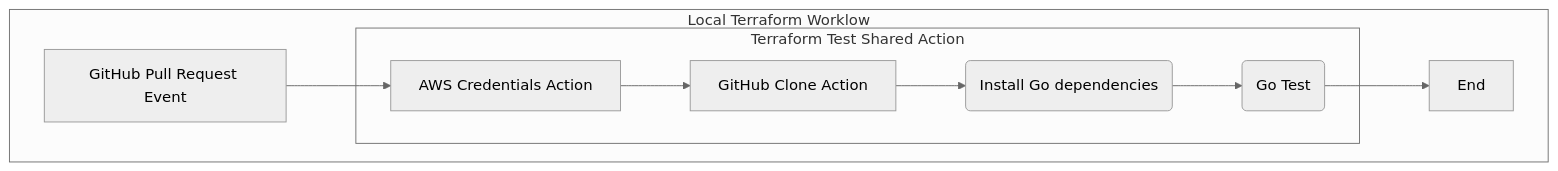
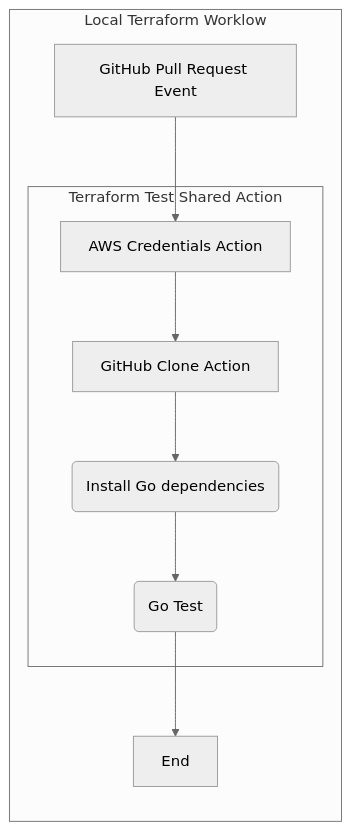
Before and after one commit to defenseunicorns/uds-common-workflows: the diagram in documents/terraform/terraform-test.md, drawn with Mermaid (neutral theme).

Commit message:
Make vertical

````diff
--- a/documents/terraform/terraform-test.md
+++ b/documents/terraform/terraform-test.md
@@ -113,14 +113,14 @@
 ```mermaid
-flowchart TB
+flowchart LR
   subgraph "Local Terraform Worklow"
     trigger[GitHub Pull Request Event] --> aws[AWS Credentials Action]
 
     subgraph "Terraform Test Shared Action"
       aws --> clone[GitHub Clone Action]
       clone --> tidy(Install Go dependencies)
       tidy --> test(Go Test)
     end
     
     test --> endflow[End]
   end
 ```
````
